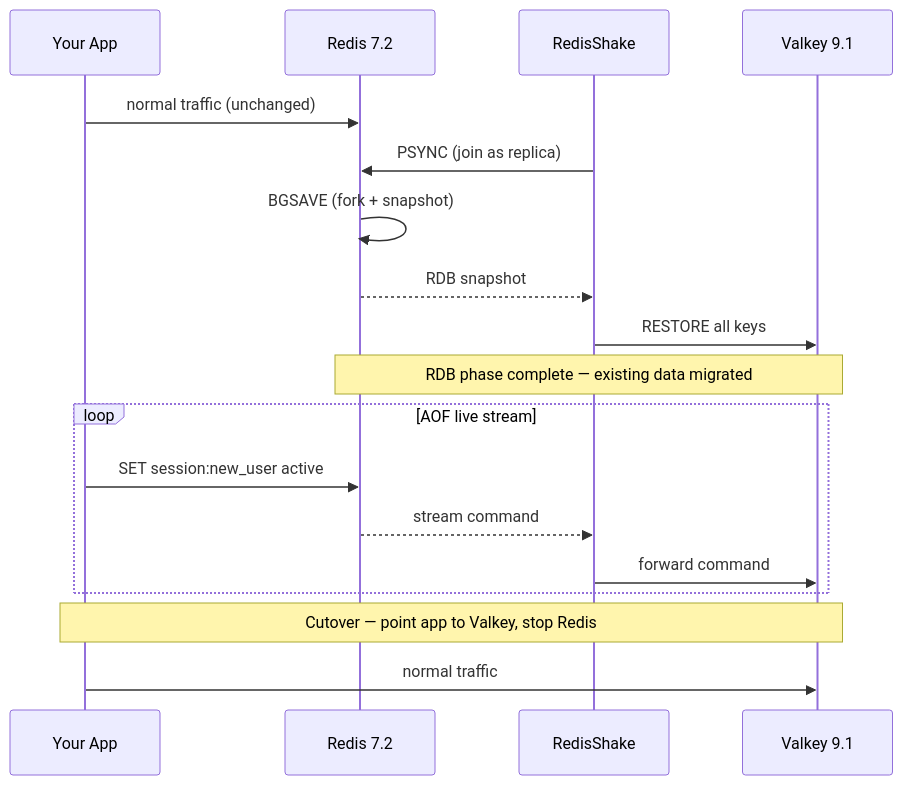
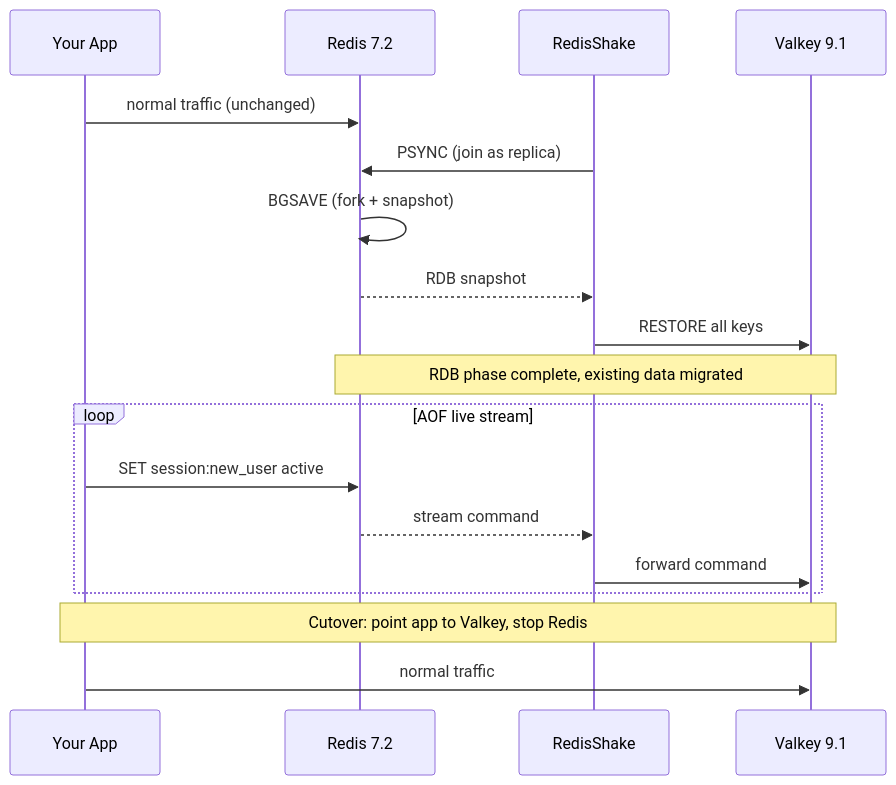
The diagram in README.md (edithturn/valkey-migration-demo), drawn with Mermaid before and after one commit. The commit also changed other lines of this file and 1 other file, not shown here.

````diff
--- a/README.md
+++ b/README.md
@@ -30,25 +30,25 @@
 ```mermaid
 sequenceDiagram
     participant App as Your App
     participant Src as Redis 7.2
     participant RS as RedisShake
     participant Dst as Valkey 9.1
 
     App->>Src: normal traffic (unchanged)
 
     RS->>Src: PSYNC (join as replica)
     Src->>Src: BGSAVE (fork + snapshot)
     Src-->>RS: RDB snapshot
     RS->>Dst: RESTORE all keys
 
-    Note over Src,Dst: RDB phase complete — existing data migrated
+    Note over Src,Dst: RDB phase complete, existing data migrated
 
     loop AOF live stream
         App->>Src: SET session:new_user active
         Src-->>RS: stream command
         RS->>Dst: forward command
     end
 
-    Note over App,Dst: Cutover — point app to Valkey, stop Redis
+    Note over App,Dst: Cutover: point app to Valkey, stop Redis
     App->>Dst: normal traffic
 ```
````
